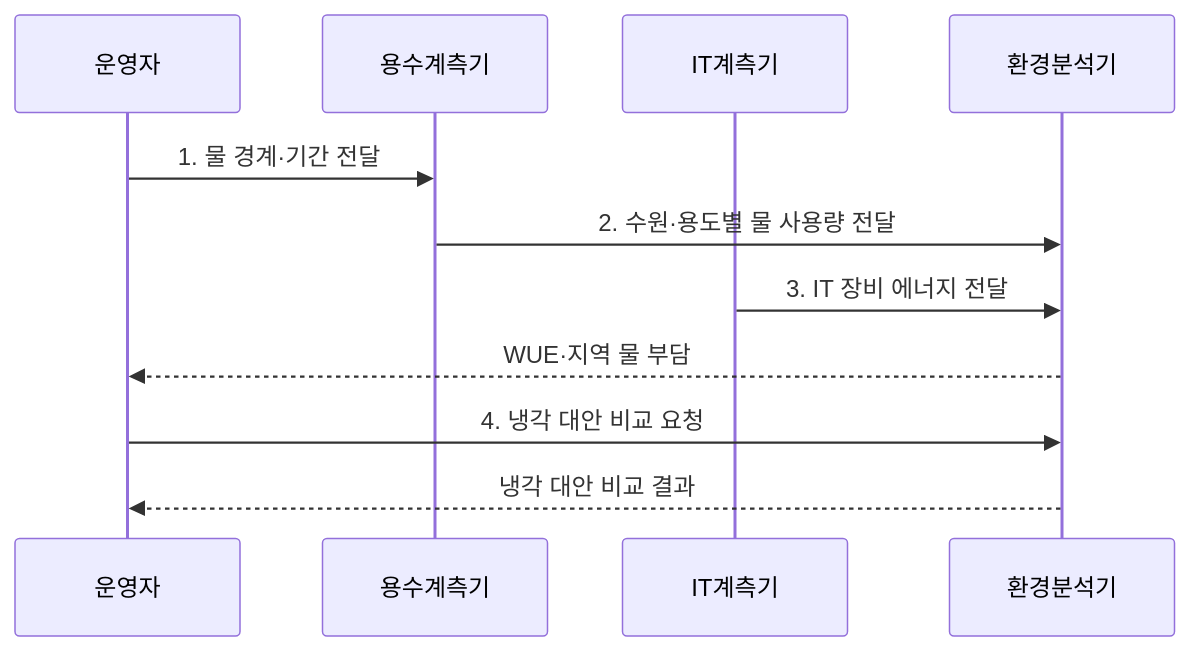
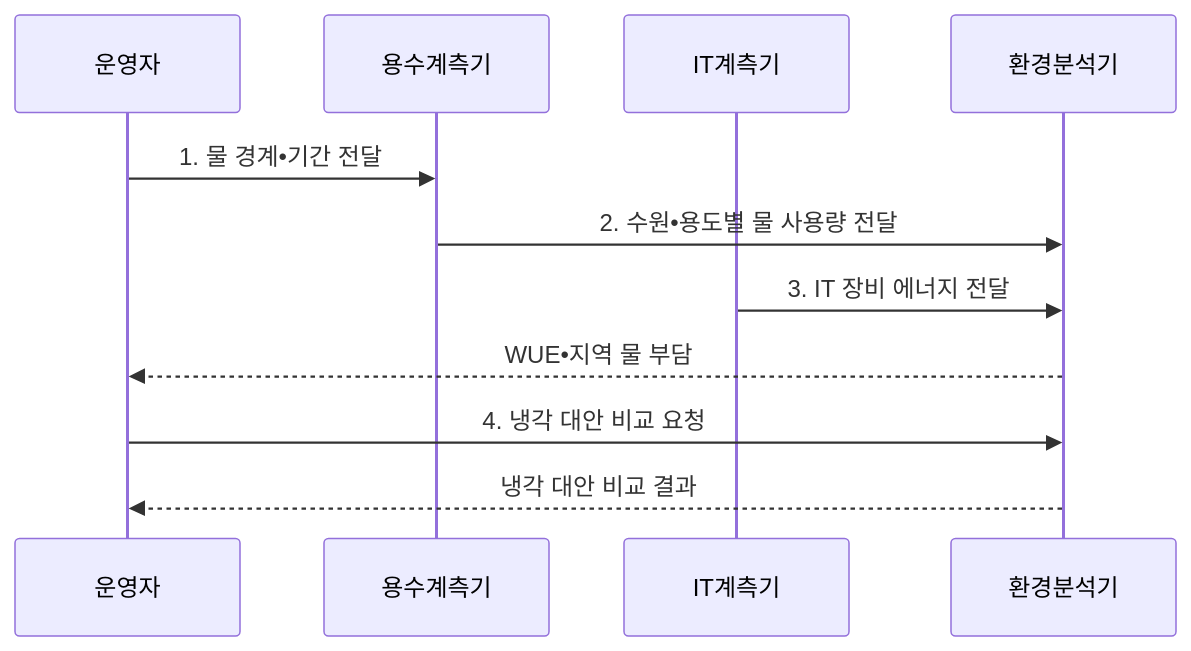
The second of 2 diagrams in src/content/docs/notes/06-evaluation/040_wue_water_usage_effectiveness.md (agnusdei1207/knowledge-base), drawn with Mermaid before and after one commit. The commit also changed other lines of this file and 953 other files, not shown here.

````diff
--- a/src/content/docs/notes/06-evaluation/040_wue_water_usage_effectiveness.md
+++ b/src/content/docs/notes/06-evaluation/040_wue_water_usage_effectiveness.md
@@ -105,13 +105,13 @@
 ```mermaid
 sequenceDiagram
     participant O as 운영자
     participant W as 용수계측기
     participant I as IT계측기
     participant A as 환경분석기
-    O->>W: 1. 물 경계·기간 전달
-    W->>A: 2. 수원·용도별 물 사용량 전달
+    O->>W: 1. 물 경계•기간 전달
+    W->>A: 2. 수원•용도별 물 사용량 전달
     I->>A: 3. IT 장비 에너지 전달
-    A-->>O: WUE·지역 물 부담
+    A-->>O: WUE•지역 물 부담
     O->>A: 4. 냉각 대안 비교 요청
     A-->>O: 냉각 대안 비교 결과
 ```
````
